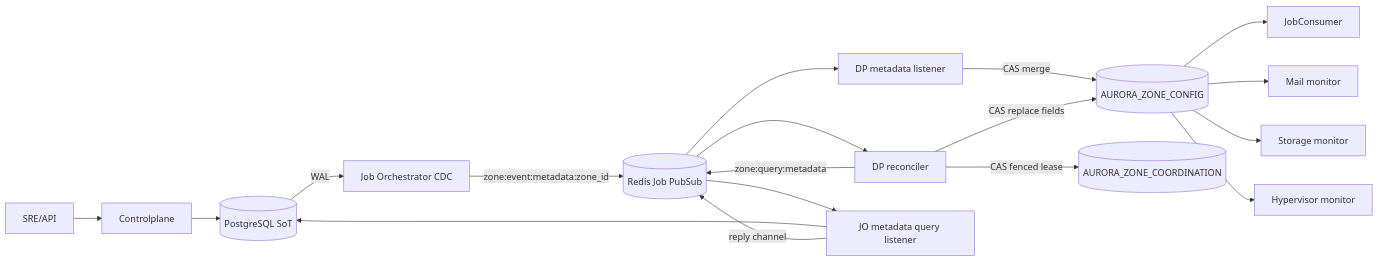
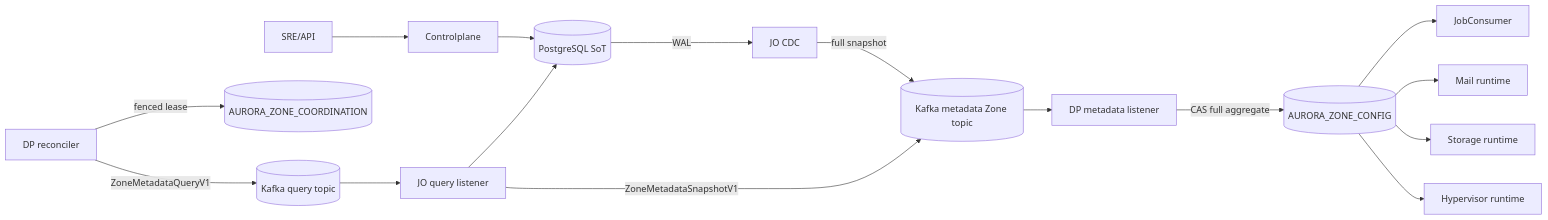
Before and after one commit to phucle996/aurora: the first of 3 diagrams in god_view/hierarchy/zone_metadata_sync_and_state_machine_god_view.md, drawn with Mermaid. The commit also changed other lines of this file and 91 other files, not shown here.

Commit message:
feat: migrate job-orchestrator and dataplane communication from Redis PubSub to Kafka transport layer

````diff
--- a/god_view/hierarchy/zone_metadata_sync_and_state_machine_god_view.md
+++ b/god_view/hierarchy/zone_metadata_sync_and_state_machine_god_view.md
@@ -21,22 +23,20 @@
 ```mermaid
 flowchart LR
     SRE[SRE/API] --> CP[Controlplane]
     CP --> PG[(PostgreSQL SoT)]
-    PG -->|WAL| JO[Job Orchestrator CDC]
-    JO -->|zone:event:metadata:zone_id| RJ[(Redis Job PubSub)]
-    RJ --> DPL[DP metadata listener]
-    DPL -->|CAS merge| CFG[(AURORA_ZONE_CONFIG)]
+    PG -->|WAL| JO[JO CDC]
+    JO -->|full snapshot| KT[(Kafka metadata Zone topic)]
+    KT --> DPL[DP metadata listener]
+    DPL -->|CAS full aggregate| CFG[(AURORA_ZONE_CONFIG)]
 
-    DPR[DP reconciler] -->|CAS fenced lease| COORD[(AURORA_ZONE_COORDINATION)]
-    DPR -->|zone:query:metadata| RJ
-    RJ --> JOQ[JO metadata query listener]
+    DPR[DP reconciler] -->|fenced lease| COORD[(AURORA_ZONE_COORDINATION)]
+    DPR -->|ZoneMetadataQueryV1| KQ[(Kafka query topic)]
+    KQ --> JOQ[JO query listener]
     JOQ --> PG
-    JOQ -->|reply channel| RJ
-    RJ --> DPR
-    DPR -->|CAS replace fields| CFG
+    JOQ -->|ZoneMetadataSnapshotV1| KT
 
     CFG --> JC[JobConsumer]
-    CFG --> MM[Mail monitor]
-    CFG --> SM[Storage monitor]
-    CFG --> HM[Hypervisor monitor]
+    CFG --> MM[Mail runtime]
+    CFG --> SM[Storage runtime]
+    CFG --> HM[Hypervisor runtime]
 ```
````
